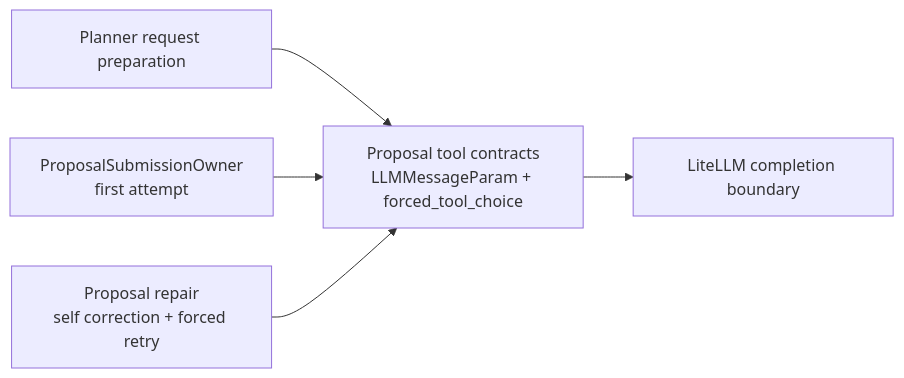
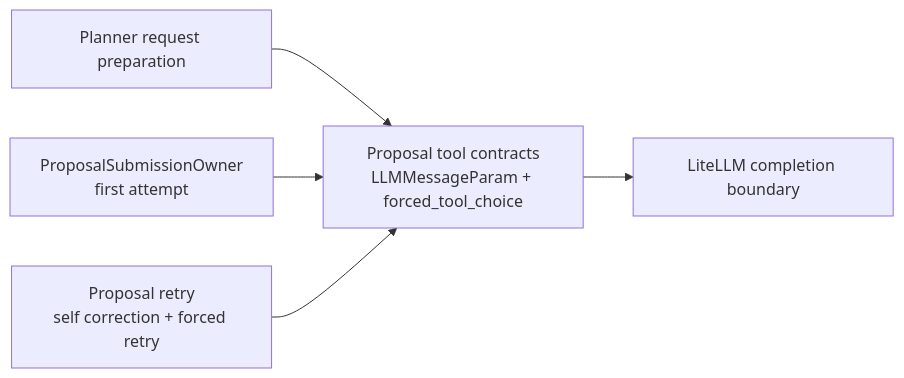
The diagram in docs/flows/flow-builder-proposal-request-boundary-packet-2026-06-25.md (eneo-ai/eneo), drawn with Mermaid before and after one commit. The commit also changed other lines of this file and 4 other files, not shown here.

First line of the commit message:
test(flows): pin create-gated critic invariants

````diff
--- a/docs/flows/flow-builder-proposal-request-boundary-packet-2026-06-25.md
+++ b/docs/flows/flow-builder-proposal-request-boundary-packet-2026-06-25.md
@@ -33,13 +33,13 @@
 ```mermaid
 flowchart LR
   Prep["Planner request preparation"]
   Contracts["Proposal tool contracts\nLLMMessageParam + forced_tool_choice"]
   Submit["ProposalSubmissionOwner\nfirst attempt"]
-  Repair["Proposal repair\nself correction + forced retry"]
+  Retry["Proposal retry\nself correction + forced retry"]
   LiteLLM["LiteLLM completion boundary"]
 
   Prep --> Contracts
   Submit --> Contracts
-  Repair --> Contracts
+  Retry --> Contracts
   Contracts --> LiteLLM
 ```
````
